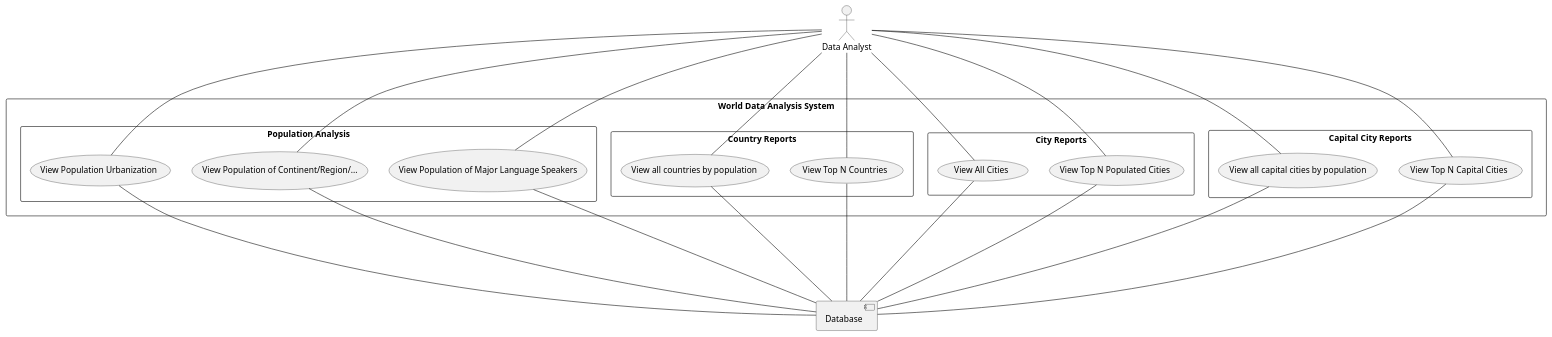
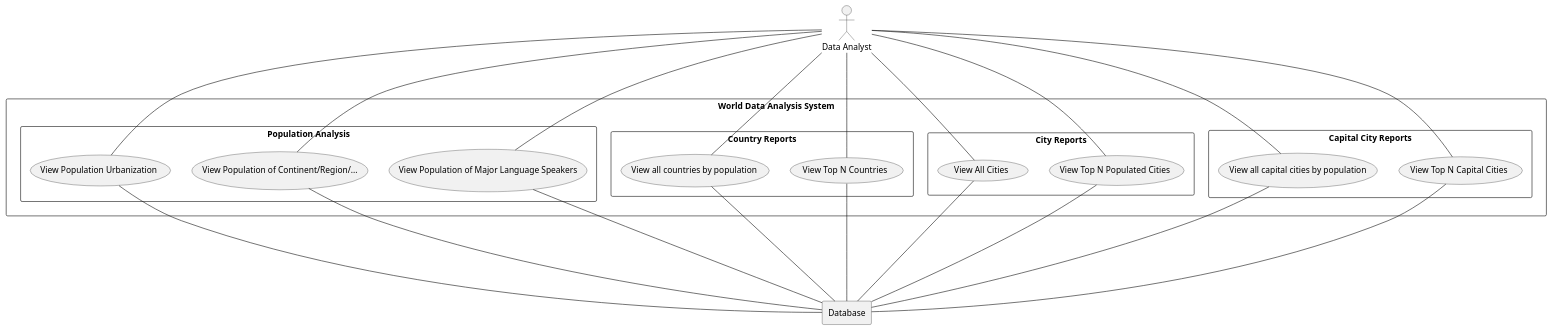
One commit to ikindadoesstuff/WorldStatistics changed the diagram in use-cases/World Data Analysis System.puml. Above: the diagram before and after it, drawn with PlantUML.

Commit message:
Update use case diagram

```diff
--- a/use-cases/World Data Analysis System.puml
+++ b/use-cases/World Data Analysis System.puml
@@ -1,58 +1,59 @@
 @startuml
 actor "Data Analyst" as DA
 
-component Database
+rectangle Database
 
 rectangle "World Data Analysis System" {
 
+'   Put each set of reports in different rectangles. Just for organization.
     rectangle "Country Reports" {
         usecase UC1 as "View all countries by population"
         usecase UC2 as "View Top N Countries"
 
         DA -- UC1
         DA -- UC2
 
 '       These ---- represent longer lines. They simply look much better on the diagram
 '       by pushing the icons away, thereby spacing out the liens.
         UC1 ---- Database
         UC2 ---- Database
     }
 
     rectangle "City Reports" {
         usecase UC3 as "View All Cities"
         usecase UC4 as "View Top N Populated Cities"
 
         DA -- UC3
         DA -- UC4
 
         UC3 ---- Database
         UC4 ---- Database
     }
 
     rectangle "Capital City Reports" {
         usecase UC5 as "View all capital cities by population"
         usecase UC6 as "View Top N Capital Cities"
 
         DA --- UC5
         DA --- UC6
 
         UC5 ---- Database
         UC6 ---- Database
     }
 
     rectangle "Population Analysis" {
         usecase UC7 as "View Population Urbanization"
         usecase UC8 as "View Population of Continent/Region/..."
         usecase UC9 as "View Population of Major Language Speakers"
 
         DA - UC7
         DA - UC8
         DA - UC9
 
         UC7 ---- Database
         UC8 ---- Database
         UC9 ---- Database
     }
 
 }
 @enduml
```
